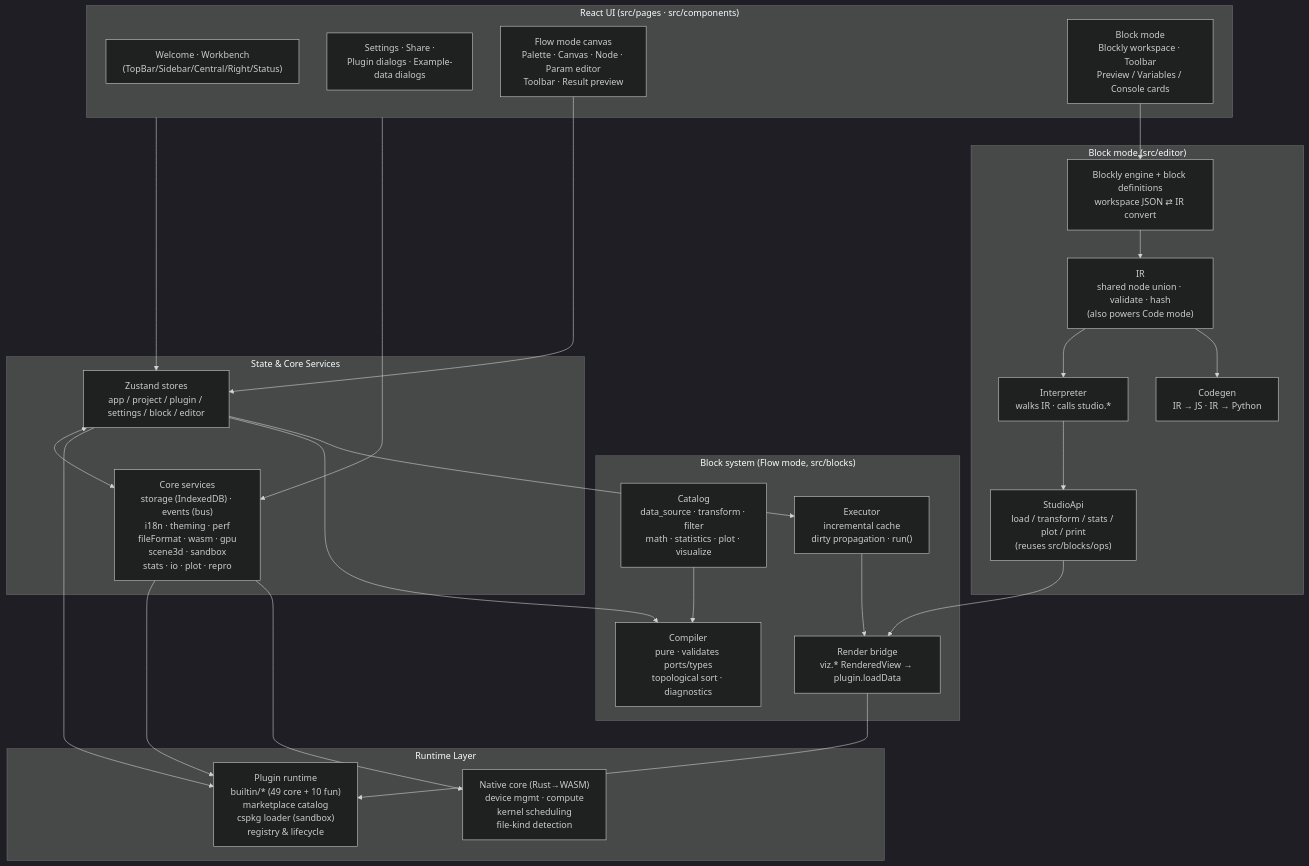
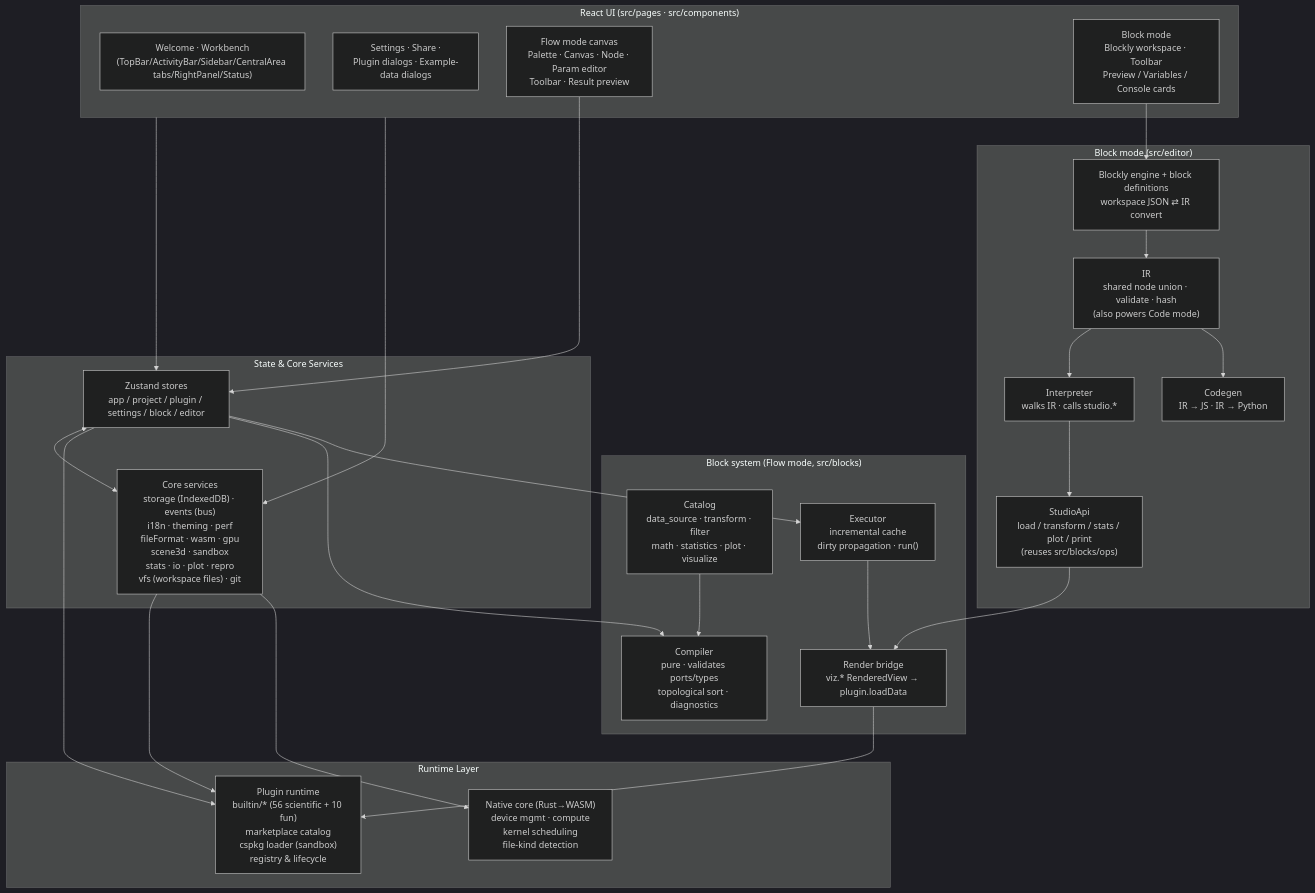
One commit to SnowLeopard-io/ErgalicsStudio changed the diagram in docs/guide/architecture.md. Above: the diagram before and after it, drawn with Mermaid (dark theme). The commit also changed other lines of this file and 128 other files, not shown here.

````diff
--- a/docs/guide/architecture.md
+++ b/docs/guide/architecture.md
@@ -5,53 +5,53 @@
 ```mermaid
 flowchart TB
     subgraph UI["React UI (src/pages · src/components)"]
-        A1["Welcome · Workbench<br/>(TopBar/Sidebar/Central/Right/Status)"]
+        A1["Welcome · Workbench<br/>(TopBar/ActivityBar/Sidebar/CentralArea tabs/RightPanel/Status)"]
         A2["Settings · Share ·<br/>Plugin dialogs · Example-data dialogs"]
         A3["Flow mode canvas<br/>Palette · Canvas · Node · Param editor<br/>Toolbar · Result preview"]
         A4["Block mode<br/>Blockly workspace · Toolbar<br/>Preview / Variables / Console cards"]
     end
 
     subgraph State["State & Core Services"]
         B1["Zustand stores<br/>app / project / plugin / settings / block / editor"]
-        B2["Core services<br/>storage (IndexedDB) · events (bus)<br/>i18n · theming · perf<br/>fileFormat · wasm · gpu<br/>scene3d · sandbox<br/>stats · io · plot · repro"]
+        B2["Core services<br/>storage (IndexedDB) · events (bus)<br/>i18n · theming · perf<br/>fileFormat · wasm · gpu<br/>scene3d · sandbox<br/>stats · io · plot · repro<br/>vfs (workspace files) · git"]
     end
 
     subgraph Blocks["Block system (Flow mode, src/blocks)"]
         D1["Catalog<br/>data_source · transform · filter<br/>math · statistics · plot · visualize"]
         D2["Compiler<br/>pure · validates ports/types<br/>topological sort · diagnostics"]
         D3["Executor<br/>incremental cache<br/>dirty propagation · run()"]
         D4["Render bridge<br/>viz.* RenderedView → plugin.loadData"]
     end
 
     subgraph Editor["Block mode (src/editor)"]
         E1["IR<br/>shared node union · validate · hash<br/>(also powers Code mode)"]
         E2["Blockly engine + block definitions<br/>workspace JSON ⇄ IR convert"]
         E3["Interpreter<br/>walks IR · calls studio.*"]
         E4["Codegen<br/>IR → JS · IR → Python"]
         E5["StudioApi<br/>load / transform / stats / plot / print<br/>(reuses src/blocks/ops)"]
     end
 
     subgraph Runtime["Runtime Layer"]
-        C1["Plugin runtime<br/>builtin/* (49 core + 10 fun)<br/>marketplace catalog<br/>cspkg loader (sandbox)<br/>registry & lifecycle"]
+        C1["Plugin runtime<br/>builtin/* (56 scientific + 10 fun)<br/>marketplace catalog<br/>cspkg loader (sandbox)<br/>registry & lifecycle"]
         C2["Native core (Rust→WASM)<br/>device mgmt · compute<br/>kernel scheduling<br/>file-kind detection"]
     end
 
     UI --> B1
     UI --> B2
     B1 <--> B2
     B1 --> C1
     B2 --> C1
     B2 --> C2
     A3 --> B1
     B1 --> D2
     B1 --> D3
     D1 --> D2
     D3 --> D4
     D4 --> C1
     A4 --> E2
     E2 --> E1
     E1 --> E3
     E1 --> E4
     E3 --> E5
     E5 --> D4
 ```
````
